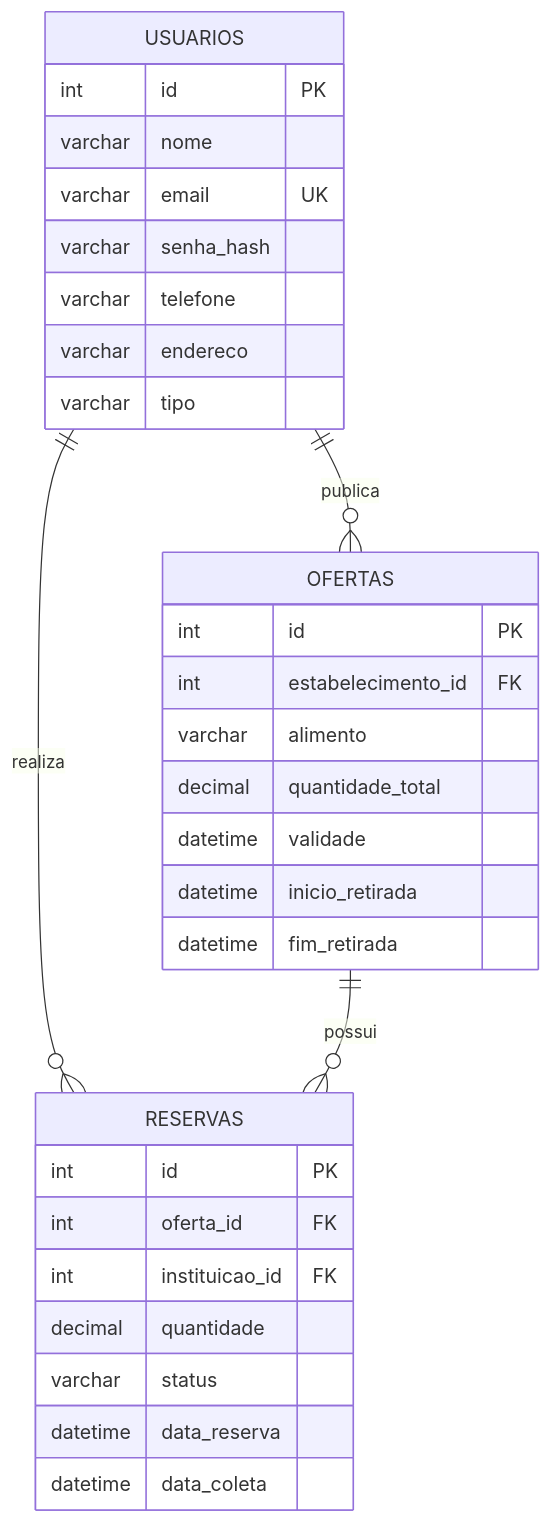
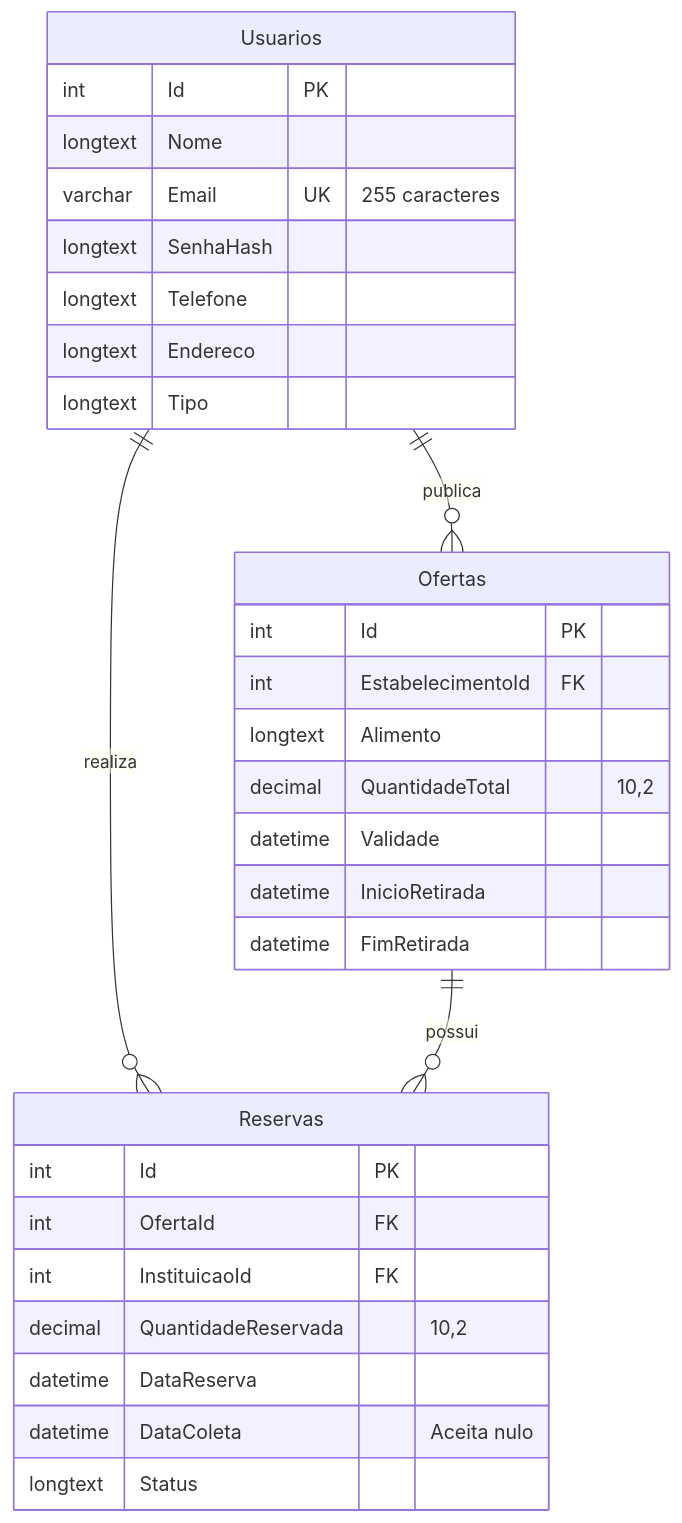
One commit to leonardocamilofrank-hue/Projeto-Integrador-Trabalho changed the third of 5 diagrams in README.md. Above: the diagram before and after it, drawn with Mermaid. The commit also changed other lines of this file, not shown here.

Commit message:
Atualiza documentacao e diagramas do MesaViva

````diff
--- a/README.md
+++ b/README.md
@@ -175,36 +198,34 @@
 ```mermaid
 erDiagram
-    USUARIOS ||--o{ OFERTAS : publica
-    USUARIOS ||--o{ RESERVAS : realiza
-    OFERTAS ||--o{ RESERVAS : possui
+    Usuarios ||--o{ Ofertas : publica
+    Usuarios ||--o{ Reservas : realiza
+    Ofertas ||--o{ Reservas : possui
 
-    USUARIOS {
-        int id PK
-        varchar nome
-        varchar email UK
-        varchar senha_hash
-        varchar telefone
-        varchar endereco
-        varchar tipo
+    Usuarios {
+        int Id PK
+        longtext Nome
+        varchar Email UK "255 caracteres"
+        longtext SenhaHash
+        longtext Telefone
+        longtext Endereco
+        longtext Tipo
     }
-
-    OFERTAS {
-        int id PK
-        int estabelecimento_id FK
-        varchar alimento
-        decimal quantidade_total
-        datetime validade
-        datetime inicio_retirada
-        datetime fim_retirada
+    Ofertas {
+        int Id PK
+        int EstabelecimentoId FK
+        longtext Alimento
+        decimal QuantidadeTotal "10,2"
+        datetime Validade
+        datetime InicioRetirada
+        datetime FimRetirada
     }
-
-    RESERVAS {
-        int id PK
-        int oferta_id FK
-        int instituicao_id FK
-        decimal quantidade
-        varchar status
-        datetime data_reserva
-        datetime data_coleta
+    Reservas {
+        int Id PK
+        int OfertaId FK
+        int InstituicaoId FK
+        decimal QuantidadeReservada "10,2"
+        datetime DataReserva
+        datetime DataColeta "Aceita nulo"
+        longtext Status
     }
 ```
````
